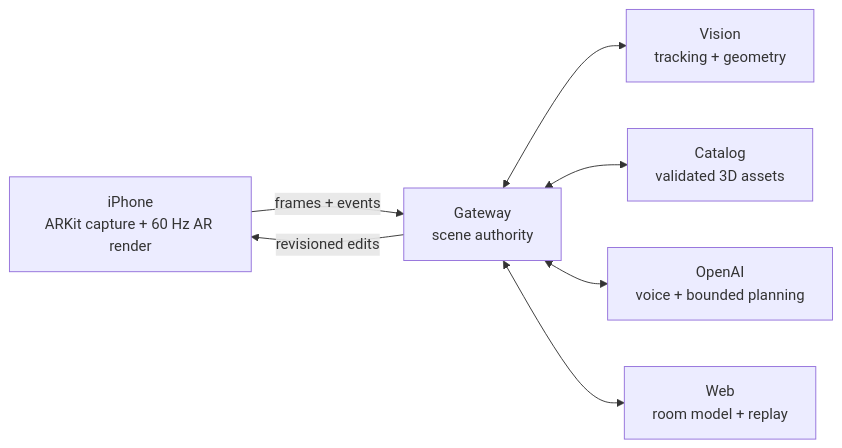
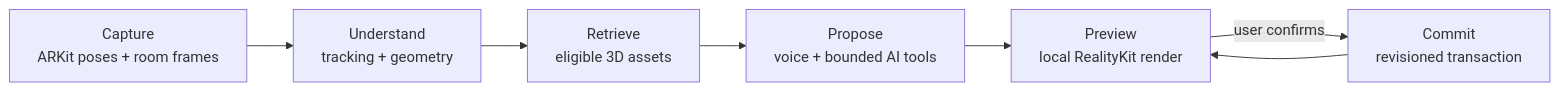
One commit to Julian-AT/openai-build-week changed the diagram in README.md. Above: the diagram before and after it, drawn with Mermaid. The commit also changed other lines of this file and 3 other files, not shown here.

````diff
--- a/README.md
+++ b/README.md
@@ -21,9 +23,9 @@
 ```mermaid
 flowchart LR
-    IOS[iPhone<br/>ARKit capture + 60 Hz AR render] -->|frames + events| API[Gateway<br/>scene authority]
-    API -->|revisioned edits| IOS
-    API <--> VISION[Vision<br/>tracking + geometry]
-    API <--> CATALOG[Catalog<br/>validated 3D assets]
-    API <--> AI[OpenAI<br/>voice + bounded planning]
-    API <--> WEB[Web<br/>room model + replay]
+    CAPTURE[Capture<br/>ARKit poses + room frames] --> UNDERSTAND[Understand<br/>tracking + geometry]
+    UNDERSTAND --> RETRIEVE[Retrieve<br/>eligible 3D assets]
+    RETRIEVE --> PROPOSE[Propose<br/>voice + bounded AI tools]
+    PROPOSE --> PREVIEW[Preview<br/>local RealityKit render]
+    PREVIEW -->|user confirms| COMMIT[Commit<br/>revisioned transaction]
+    COMMIT --> PREVIEW
 ```
````
